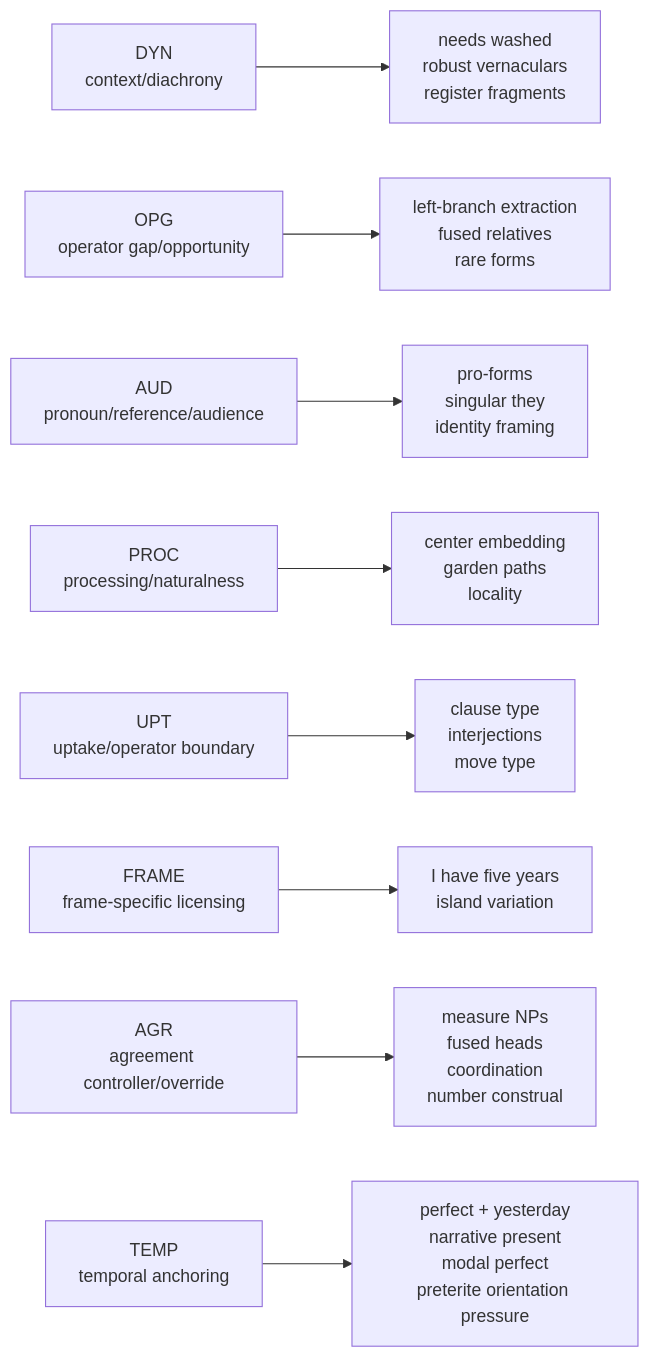
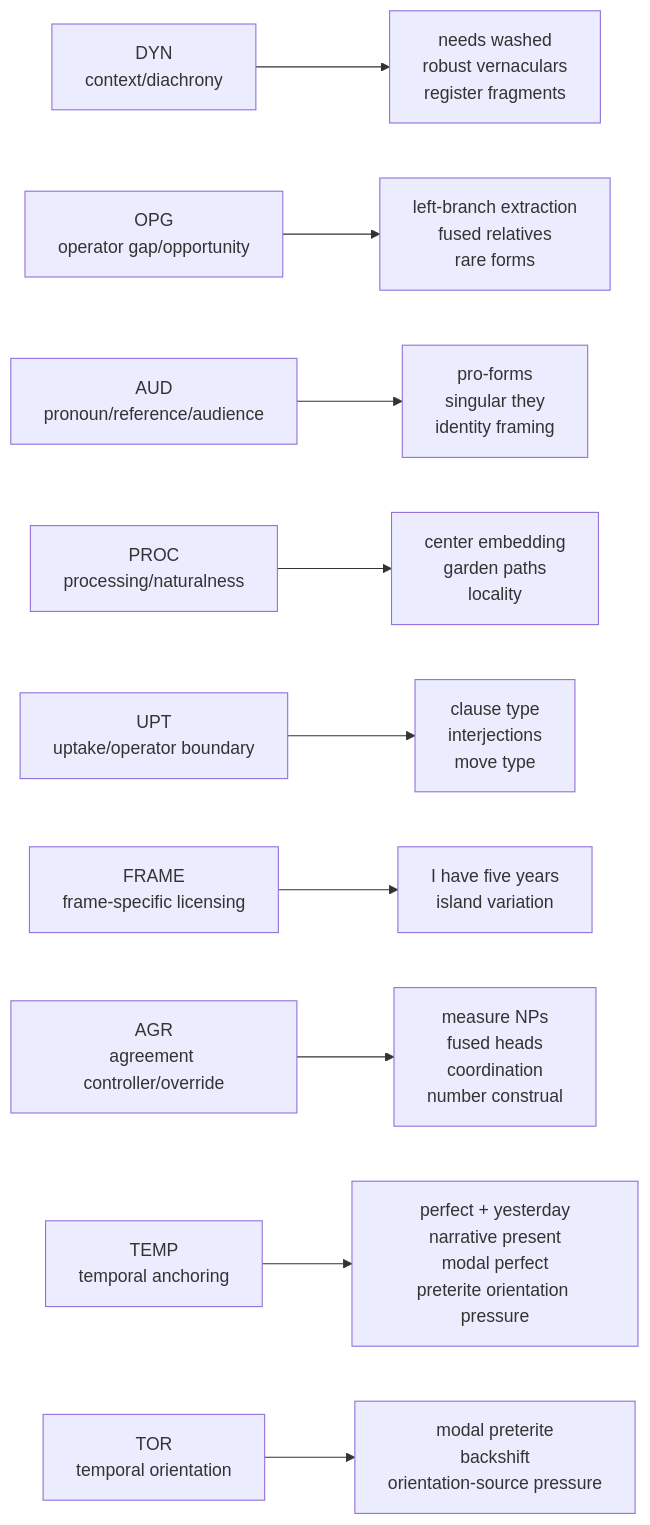
The first of 5 diagrams in subprojects/evolutionary-dag-workbench/notes/state-of-search-report-2026-06-09.md (BrettRey/Grammaticality-de-idealized-v2), drawn with Mermaid before and after one commit. The commit also changed other lines of this file and 6 other files, not shown here.

Commit message:
Add temporal orientation successor graph

````diff
--- a/subprojects/evolutionary-dag-workbench/notes/state-of-search-report-2026-06-09.md
+++ b/subprojects/evolutionary-dag-workbench/notes/state-of-search-report-2026-06-09.md
@@ -26,20 +26,22 @@
 ```mermaid
 flowchart LR
   DYN["DYN<br/>context/diachrony"]
   OPG["OPG<br/>operator gap/opportunity"]
   AUD["AUD<br/>pronoun/reference/audience"]
   PROC["PROC<br/>processing/naturalness"]
   UPT["UPT<br/>uptake/operator boundary"]
   FRAME["FRAME<br/>frame-specific licensing"]
   AGR["AGR<br/>agreement controller/override"]
   TEMP["TEMP<br/>temporal anchoring"]
+  TOR["TOR<br/>temporal orientation"]
 
   DYN --> ContextCases["needs washed<br/>robust vernaculars<br/>register fragments"]
   OPG --> GapCases["left-branch extraction<br/>fused relatives<br/>rare forms"]
   AUD --> PronounCases["pro-forms<br/>singular they<br/>identity framing"]
   PROC --> ProcessingCases["center embedding<br/>garden paths<br/>locality"]
   UPT --> UptakeCases["clause type<br/>interjections<br/>move type"]
   FRAME --> FrameCases["I have five years<br/>island variation"]
   AGR --> AgreementCases["measure NPs<br/>fused heads<br/>coordination<br/>number construal"]
   TEMP --> TemporalCases["perfect + yesterday<br/>narrative present<br/>modal perfect<br/>preterite orientation pressure"]
+  TOR --> OrientationCases["modal preterite<br/>backshift<br/>orientation-source pressure"]
 ```
````
